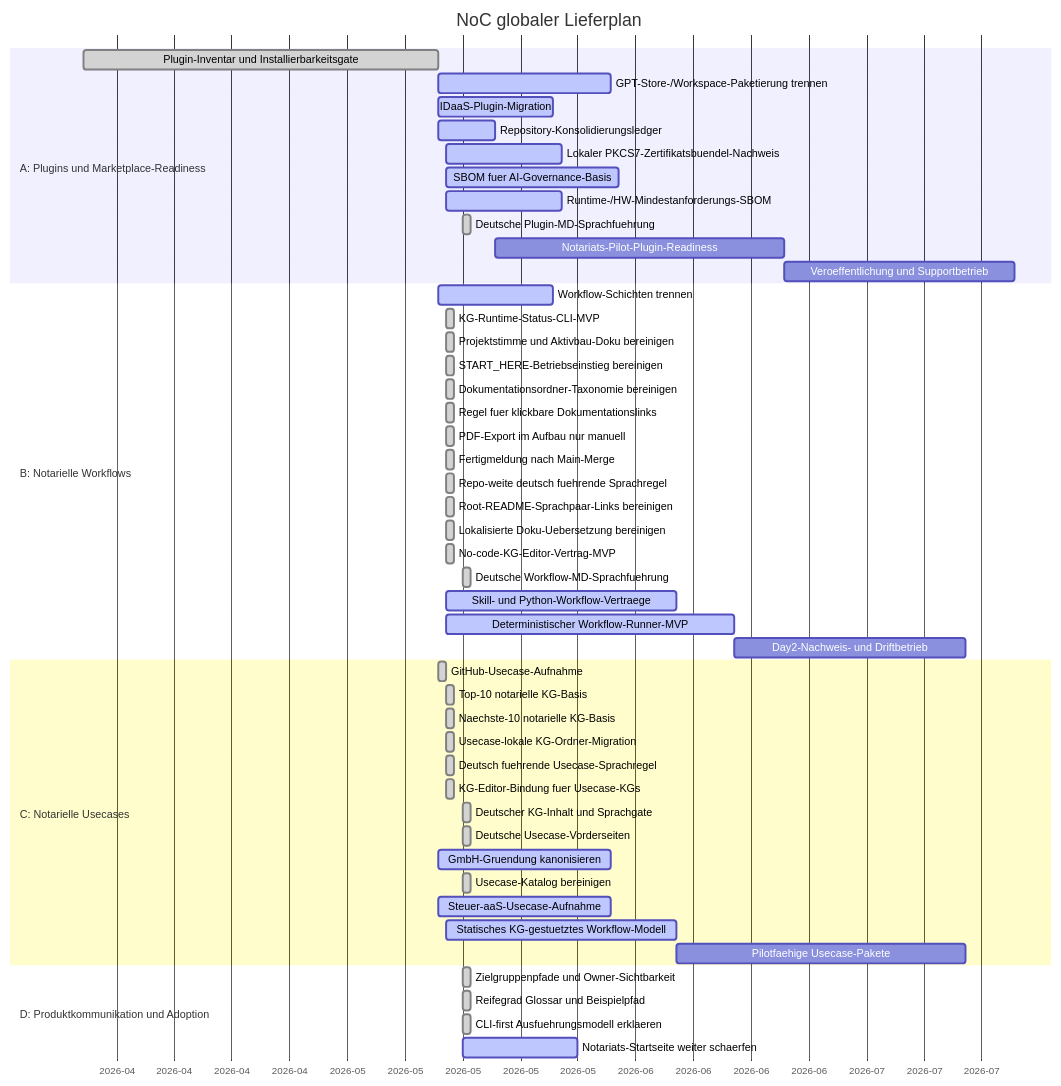
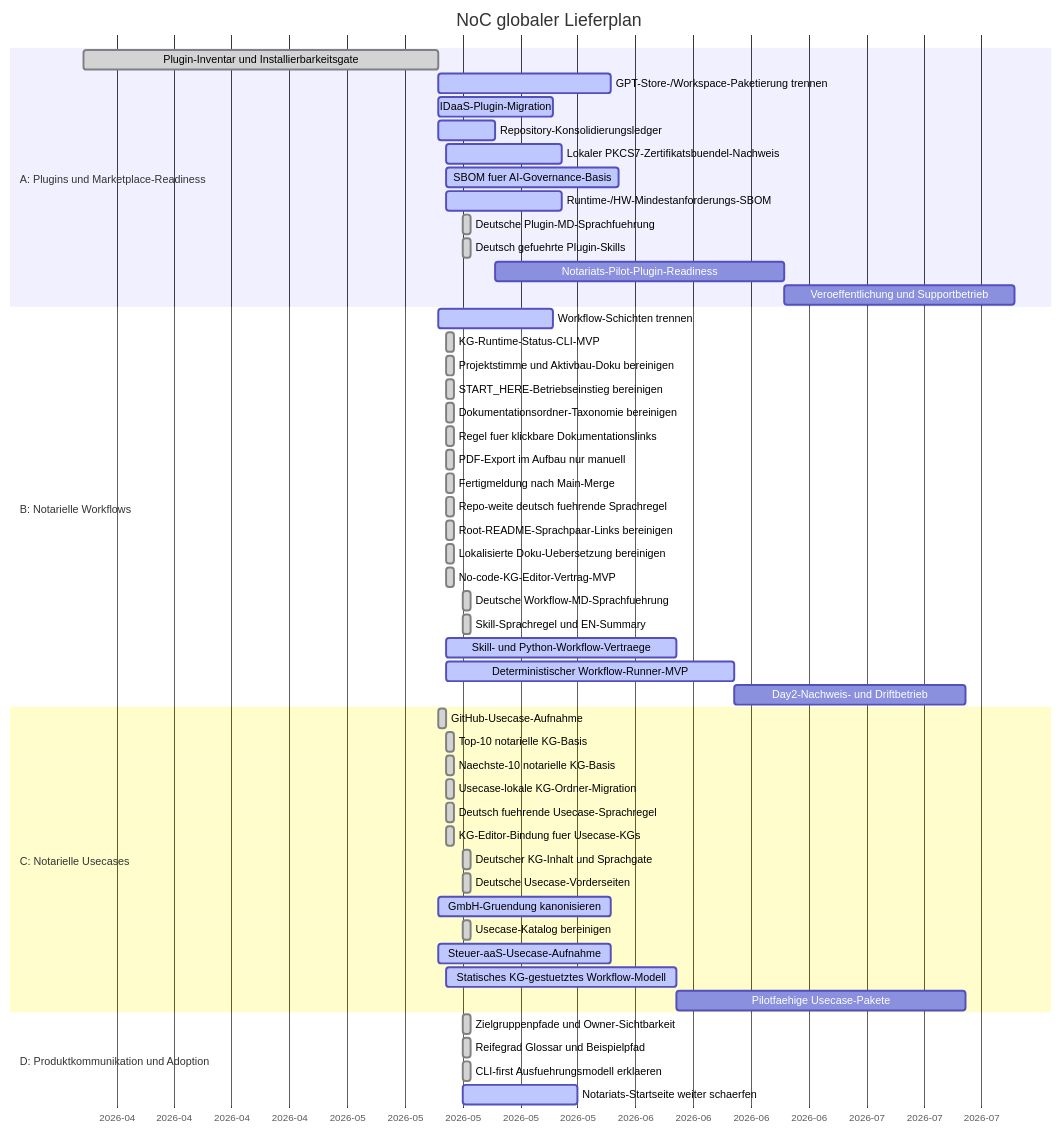
One commit to notariat8/NaC changed the diagram in roadmap/GANTT.md. Above: the diagram before and after it, drawn with Mermaid. The commit also changed other lines of this file and 21 other files, not shown here.

````diff
--- a/roadmap/GANTT.md
+++ b/roadmap/GANTT.md
@@ -13,57 +13,59 @@
 ```mermaid
 gantt
     title NoC globaler Lieferplan
     dateFormat  YYYY-MM-DD
     axisFormat  %Y-%m
 
     section A: Plugins und Marketplace-Readiness
     Plugin-Inventar und Installierbarkeitsgate   :done,    a1, 2026-04-01, 2026-05-14
     GPT-Store-/Workspace-Paketierung trennen     :active,  a2, 2026-05-14, 21d
     IDaaS-Plugin-Migration                       :active,  a3, 2026-05-14, 14d
     Repository-Konsolidierungsledger             :active,  a4, 2026-05-14, 7d
     Lokaler PKCS7-Zertifikatsbuendel-Nachweis    :active,  a4a, 2026-05-15, 14d
     SBOM fuer AI-Governance-Basis                :active,  a4b, 2026-05-15, 21d
     Runtime-/HW-Mindestanforderungs-SBOM         :active,  a4c, 2026-05-15, 14d
     Deutsche Plugin-MD-Sprachfuehrung            :done,    a4d, 2026-05-17, 1d
+    Deutsch gefuehrte Plugin-Skills              :done,    a4e, 2026-05-17, 1d
     Notariats-Pilot-Plugin-Readiness             :         a5, after a4, 35d
     Veroeffentlichung und Supportbetrieb         :         a6, after a5, 28d
 
     section B: Notarielle Workflows
     Workflow-Schichten trennen                   :active,  b1, 2026-05-14, 14d
     KG-Runtime-Status-CLI-MVP                    :done,    b1a, 2026-05-15, 1d
     Projektstimme und Aktivbau-Doku bereinigen   :done,    b1b, 2026-05-15, 1d
     START_HERE-Betriebseinstieg bereinigen       :done,    b1c, 2026-05-15, 1d
     Dokumentationsordner-Taxonomie bereinigen    :done,    b1d, 2026-05-15, 1d
     Regel fuer klickbare Dokumentationslinks     :done,    b1e, 2026-05-15, 1d
     PDF-Export im Aufbau nur manuell             :done,    b1f, 2026-05-15, 1d
     Fertigmeldung nach Main-Merge                :done,    b1g, 2026-05-15, 1d
     Repo-weite deutsch fuehrende Sprachregel     :done,    b1h, 2026-05-15, 1d
     Root-README-Sprachpaar-Links bereinigen      :done,    b1i, 2026-05-15, 1d
     Lokalisierte Doku-Uebersetzung bereinigen    :done,    b1j, 2026-05-15, 1d
     No-code-KG-Editor-Vertrag-MVP                :done,    b1k, 2026-05-15, 1d
     Deutsche Workflow-MD-Sprachfuehrung          :done,    b1l, 2026-05-17, 1d
+    Skill-Sprachregel und EN-Summary             :done,    b1m, 2026-05-17, 1d
     Skill- und Python-Workflow-Vertraege         :active,  b2, 2026-05-15, 28d
     Deterministischer Workflow-Runner-MVP        :active,  b3, 2026-05-15, 35d
     Day2-Nachweis- und Driftbetrieb              :         b4, after b3, 28d
 
     section C: Notarielle Usecases
     GitHub-Usecase-Aufnahme                      :done,    c1, 2026-05-14, 1d
     Top-10 notarielle KG-Basis                   :done,    c2, 2026-05-15, 1d
     Naechste-10 notarielle KG-Basis              :done,    c3, 2026-05-15, 1d
     Usecase-lokale KG-Ordner-Migration           :done,    c3a, 2026-05-15, 1d
     Deutsch fuehrende Usecase-Sprachregel        :done,    c3b, 2026-05-15, 1d
     KG-Editor-Bindung fuer Usecase-KGs           :done,    c3c, 2026-05-15, 1d
     Deutscher KG-Inhalt und Sprachgate           :done,    c3d, 2026-05-17, 1d
     Deutsche Usecase-Vorderseiten                :done,    c3e, 2026-05-17, 1d
     GmbH-Gruendung kanonisieren                  :active,  c4, 2026-05-14, 21d
     Usecase-Katalog bereinigen                 :done,    c5, 2026-05-17, 1d
     Steuer-aaS-Usecase-Aufnahme                  :active,  c6, 2026-05-14, 21d
     Statisches KG-gestuetztes Workflow-Modell    :active,  c7, 2026-05-15, 28d
     Pilotfaehige Usecase-Pakete                  :         c8, after c7, 35d
 
     section D: Produktkommunikation und Adoption
     Zielgruppenpfade und Owner-Sichtbarkeit      :done,    d1, 2026-05-17, 1d
     Reifegrad Glossar und Beispielpfad           :done,    d1a, 2026-05-17, 1d
     CLI-first Ausfuehrungsmodell erklaeren       :done,    d1b, 2026-05-17, 1d
     Notariats-Startseite weiter schaerfen        :active,  d2, 2026-05-17, 14d
 ```
````
